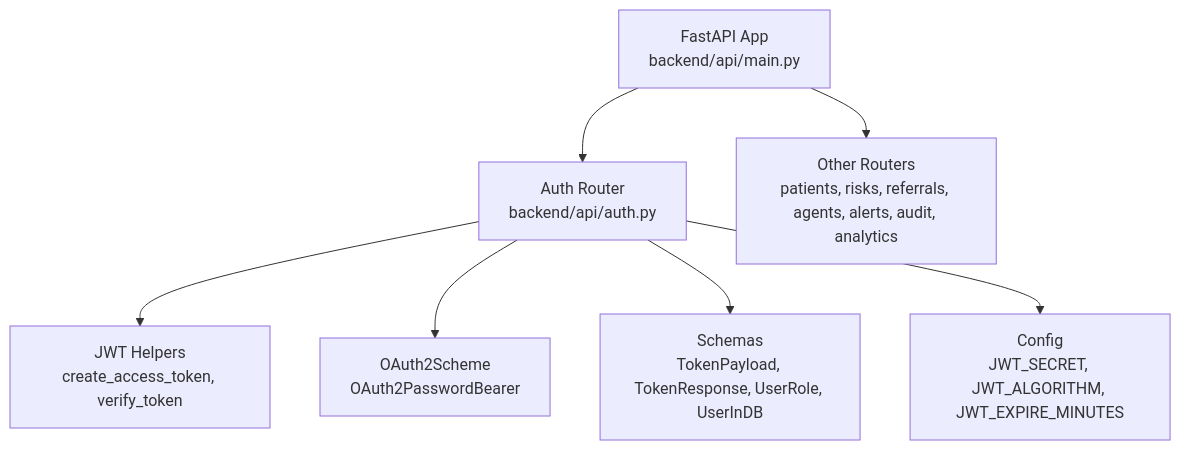
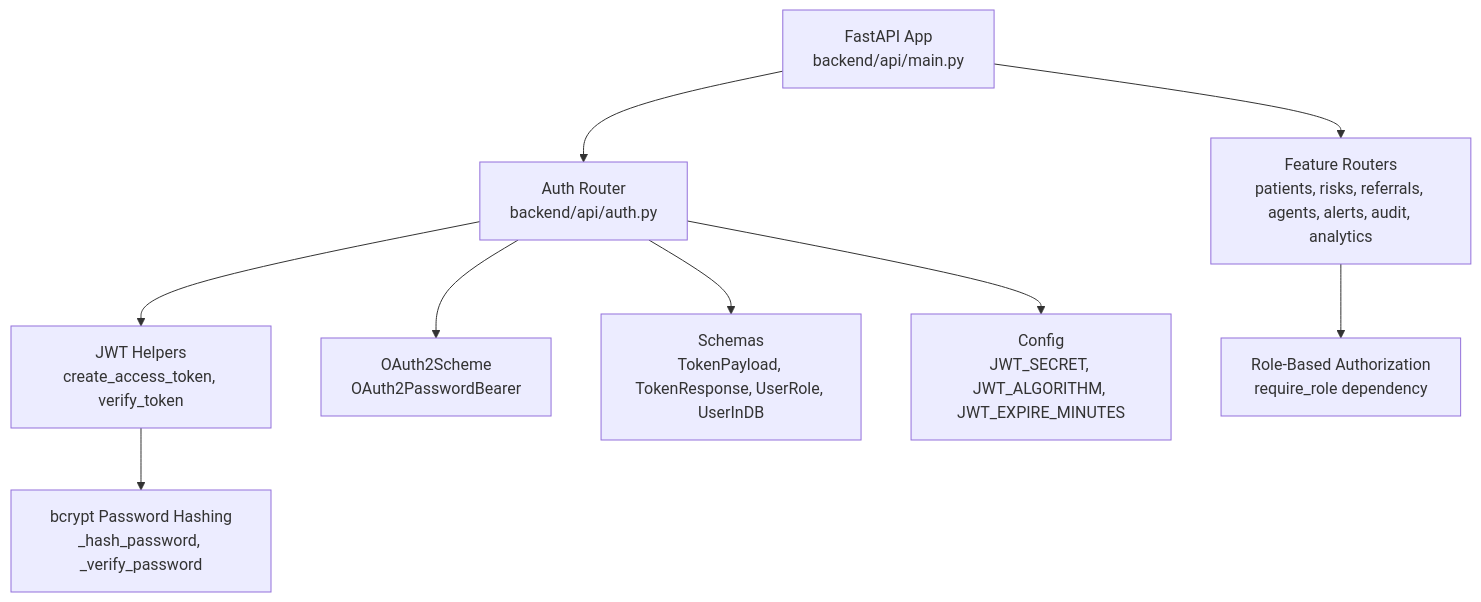
The first of 3 diagrams in .qoder/repowiki/en/content/API Reference/Authentication API.md (Zafar488/MaHifzat-Ai), drawn with Mermaid before and after one commit. The commit also changed other lines of this file and 360 other files, not shown here.

````diff
--- a/.qoder/repowiki/en/content/API Reference/Authentication API.md
+++ b/.qoder/repowiki/en/content/API Reference/Authentication API.md
@@ -37,9 +52,11 @@
 ```mermaid
 graph TB
 A["FastAPI App<br/>backend/api/main.py"] --> B["Auth Router<br/>backend/api/auth.py"]
-A --> C["Other Routers<br/>patients, risks, referrals, agents, alerts, audit, analytics"]
+A --> C["Feature Routers<br/>patients, risks, referrals, agents, alerts, audit, analytics"]
 B --> D["JWT Helpers<br/>create_access_token, verify_token"]
 B --> E["OAuth2Scheme<br/>OAuth2PasswordBearer"]
 B --> F["Schemas<br/>TokenPayload, TokenResponse, UserRole, UserInDB"]
 B --> G["Config<br/>JWT_SECRET, JWT_ALGORITHM, JWT_EXPIRE_MINUTES"]
+C --> H["Role-Based Authorization<br/>require_role dependency"]
+D --> I["bcrypt Password Hashing<br/>_hash_password, _verify_password"]
 ```
````
